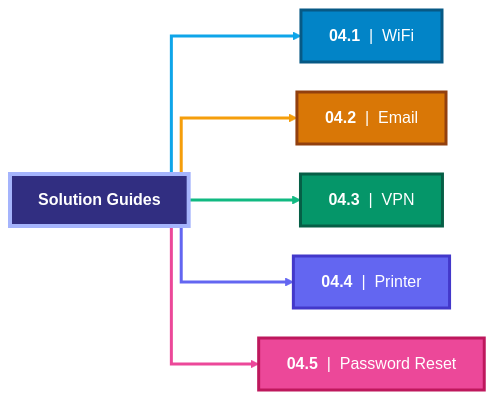
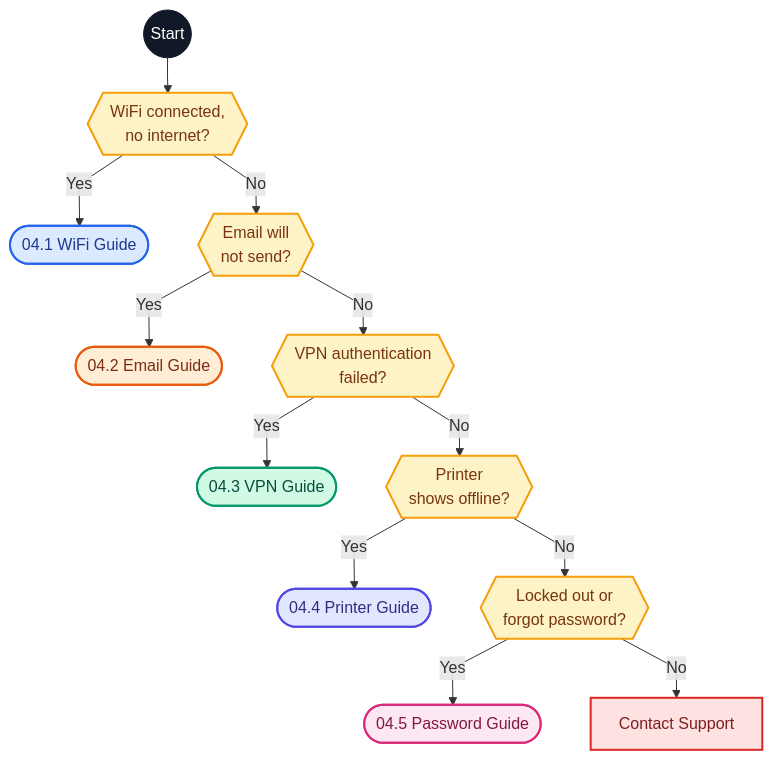
One commit to malaika-azhar/Customer-Tech-Support-Portfolio changed the diagram in 04-Solution-guides/INDEX.md. Above: the diagram before and after it, drawn with Mermaid. The commit also changed other lines of this file, not shown here.

````diff
--- a/04-Solution-guides/INDEX.md
+++ b/04-Solution-guides/INDEX.md
@@ -9,37 +9,33 @@
 ```mermaid
-%%{init: {'flowchart': {'curve': 'step', 'nodeSpacing': 30, 'rankSpacing': 70, 'padding': 14}}}%%
-flowchart LR
-    R["<b>Solution Guides</b>"]
+%%{init: {'flowchart': {'curve': 'linear', 'nodeSpacing': 50, 'rankSpacing': 35, 'padding': 14}}}%%
+flowchart TD
+    S(("Start")) --> Q1{{"WiFi connected,<br/>no internet?"}}
+    Q1 -- Yes --> A1(["04.1 WiFi Guide"])
+    Q1 -- No --> Q2{{"Email will<br/>not send?"}}
+    Q2 -- Yes --> A2(["04.2 Email Guide"])
+    Q2 -- No --> Q3{{"VPN authentication<br/>failed?"}}
+    Q3 -- Yes --> A3(["04.3 VPN Guide"])
+    Q3 -- No --> Q4{{"Printer<br/>shows offline?"}}
+    Q4 -- Yes --> A4(["04.4 Printer Guide"])
+    Q4 -- No --> Q5{{"Locked out or<br/>forgot password?"}}
+    Q5 -- Yes --> A5(["04.5 Password Guide"])
+    Q5 -- No --> E["Contact Support"]
 
-    G1["<b>04.1</b> &nbsp;|&nbsp; WiFi"]
-    G2["<b>04.2</b> &nbsp;|&nbsp; Email"]
-    G3["<b>04.3</b> &nbsp;|&nbsp; VPN"]
-    G4["<b>04.4</b> &nbsp;|&nbsp; Printer"]
-    G5["<b>04.5</b> &nbsp;|&nbsp; Password Reset"]
+    classDef start fill:#111827,stroke:#111827,color:#FFFFFF
+    classDef q fill:#FEF3C7,stroke:#F59E0B,stroke-width:2px,color:#78350F
+    classDef a1 fill:#DBEAFE,stroke:#2563EB,stroke-width:2px,color:#1E3A8A
+    classDef a2 fill:#FFEDD5,stroke:#EA580C,stroke-width:2px,color:#7C2D12
+    classDef a3 fill:#D1FAE5,stroke:#059669,stroke-width:2px,color:#064E3B
+    classDef a4 fill:#E0E7FF,stroke:#4F46E5,stroke-width:2px,color:#312E81
+    classDef a5 fill:#FCE7F3,stroke:#DB2777,stroke-width:2px,color:#831843
+    classDef end1 fill:#FEE2E2,stroke:#DC2626,stroke-width:2px,color:#7F1D1D
 
-    R --> G1
-    R --> G2
-    R --> G3
-    R --> G4
-    R --> G5
-
-    classDef root fill:#312E81,stroke:#A5B4FC,stroke-width:4px,color:#FFFFFF
-    classDef g1 fill:#0284C7,stroke:#075985,stroke-width:3px,color:#FFFFFF
-    classDef g2 fill:#D97706,stroke:#92400E,stroke-width:3px,color:#FFFFFF
-    classDef g3 fill:#059669,stroke:#065F46,stroke-width:3px,color:#FFFFFF
-    classDef g4 fill:#6366F1,stroke:#4338CA,stroke-width:3px,color:#FFFFFF
-    classDef g5 fill:#EC4899,stroke:#BE185D,stroke-width:3px,color:#FFFFFF
-
-    class R root
-    class G1 g1
-    class G2 g2
-    class G3 g3
-    class G4 g4
-    class G5 g5
-
-    linkStyle 0 stroke:#0EA5E9,stroke-width:3px
-    linkStyle 1 stroke:#F59E0B,stroke-width:3px
-    linkStyle 2 stroke:#10B981,stroke-width:3px
-    linkStyle 3 stroke:#6366F1,stroke-width:3px
-    linkStyle 4 stroke:#EC4899,stroke-width:3px
+    class S start
+    class Q1,Q2,Q3,Q4,Q5 q
+    class A1 a1
+    class A2 a2
+    class A3 a3
+    class A4 a4
+    class A5 a5
+    class E end1
 ```
````
